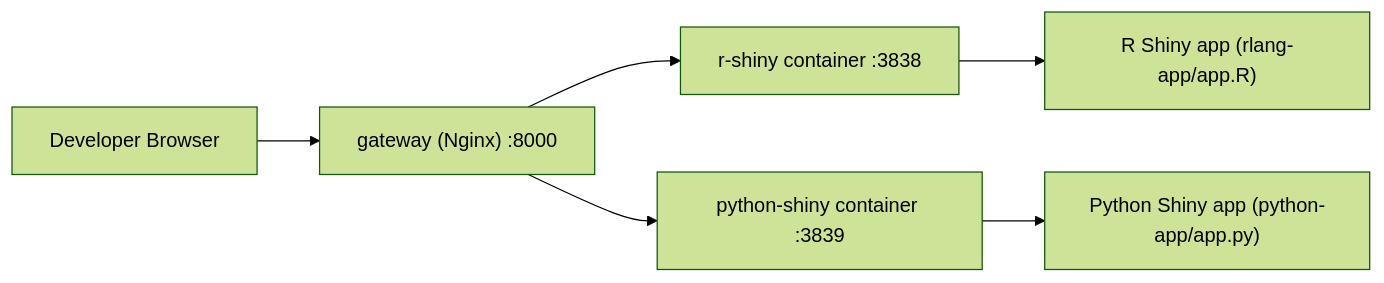
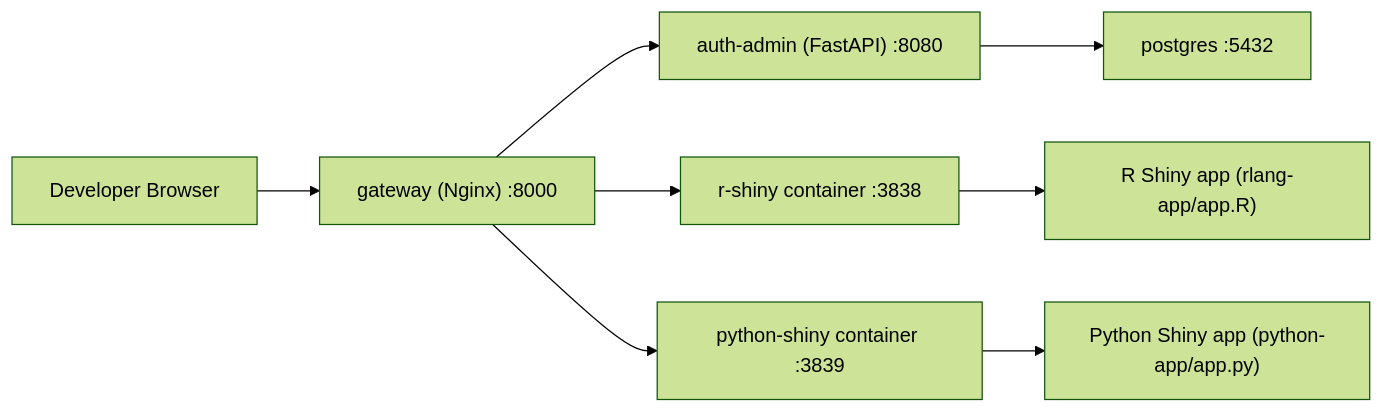
One commit to Bio2Byte/shiny-web-container changed the first of 3 diagrams in README.md. Above: the diagram before and after it, drawn with Mermaid (forest theme). The commit also changed other lines of this file and 14 other files, not shown here.

````diff
--- a/README.md
+++ b/README.md
@@ -37,9 +46,11 @@
 ```mermaid
 flowchart LR
     user["Developer Browser"] --> gateway["gateway (Nginx) :8000"]
+    gateway --> auth["auth-admin (FastAPI) :8080"]
     gateway --> rshiny["r-shiny container :3838"]
     gateway --> pyshiny["python-shiny container :3839"]
+    auth --> pg["postgres :5432"]
 
     rshiny --> rapp["R Shiny app (rlang-app/app.R)"]
     pyshiny --> papp["Python Shiny app (python-app/app.py)"]
 ```
````
